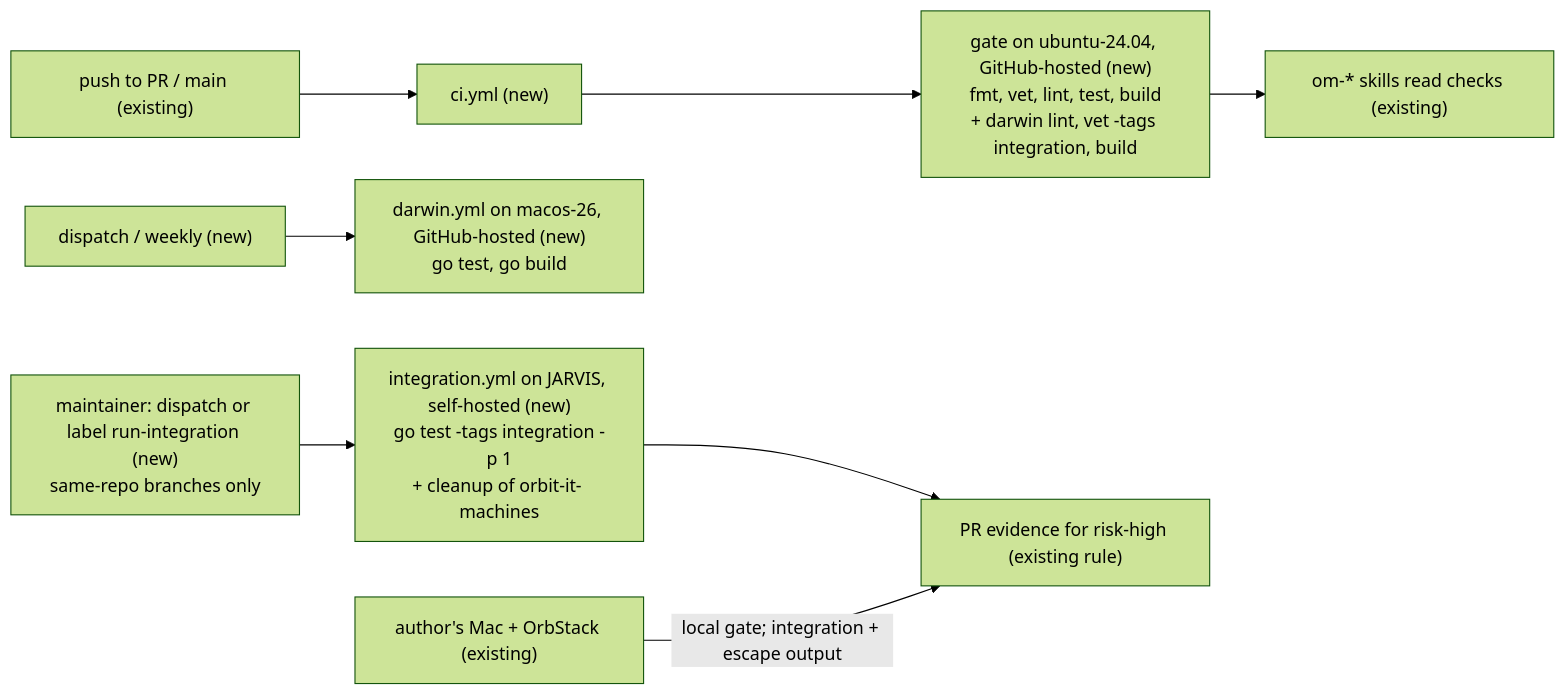
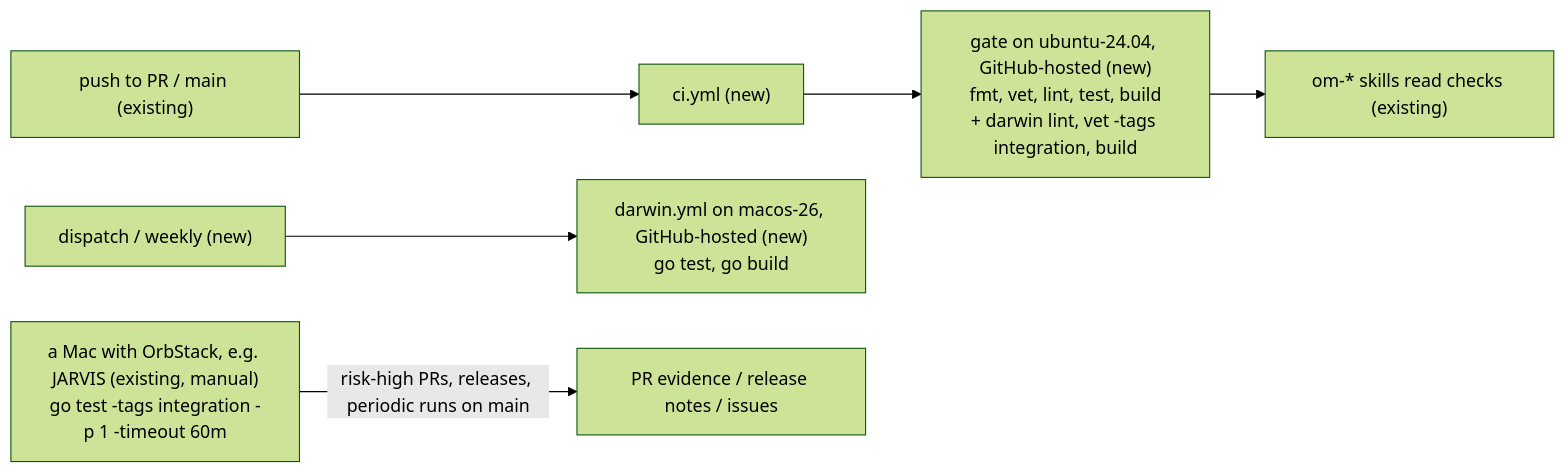
One commit to cultofthecode/orbit changed the diagram in .ai/specs/2026-11-11-ci-pipeline.md. Above: the diagram before and after it, drawn with Mermaid (forest theme). The commit also changed other lines of this file and 1 other file, not shown here.

````diff
--- a/.ai/specs/2026-11-11-ci-pipeline.md
+++ b/.ai/specs/2026-11-11-ci-pipeline.md
@@ -202,10 +182,8 @@
 ```mermaid
 flowchart LR
   push["push to PR / main (existing)"] --> ci["ci.yml (new)"]
   ci --> gate["gate on ubuntu-24.04, GitHub-hosted (new)\nfmt, vet, lint, test, build\n+ darwin lint, vet -tags integration, build"]
   sched["dispatch / weekly (new)"] --> darwin["darwin.yml on macos-26, GitHub-hosted (new)\ngo test, go build"]
-  maint["maintainer: dispatch or label run-integration (new)\nsame-repo branches only"] --> integ["integration.yml on JARVIS, self-hosted (new)\ngo test -tags integration -p 1\n+ cleanup of orbit-it- machines"]
   gate --> skills["om-* skills read checks (existing)"]
-  integ --> pr["PR evidence for risk-high (existing rule)"]
-  mac["author's Mac + OrbStack (existing)"] -->|"local gate; integration + escape output"| pr
+  mac["a Mac with OrbStack, e.g. JARVIS (existing, manual)\ngo test -tags integration -p 1 -timeout 60m"] -->|"risk-high PRs, releases, periodic runs on main"| pr["PR evidence / release notes / issues"]
 ```
````
